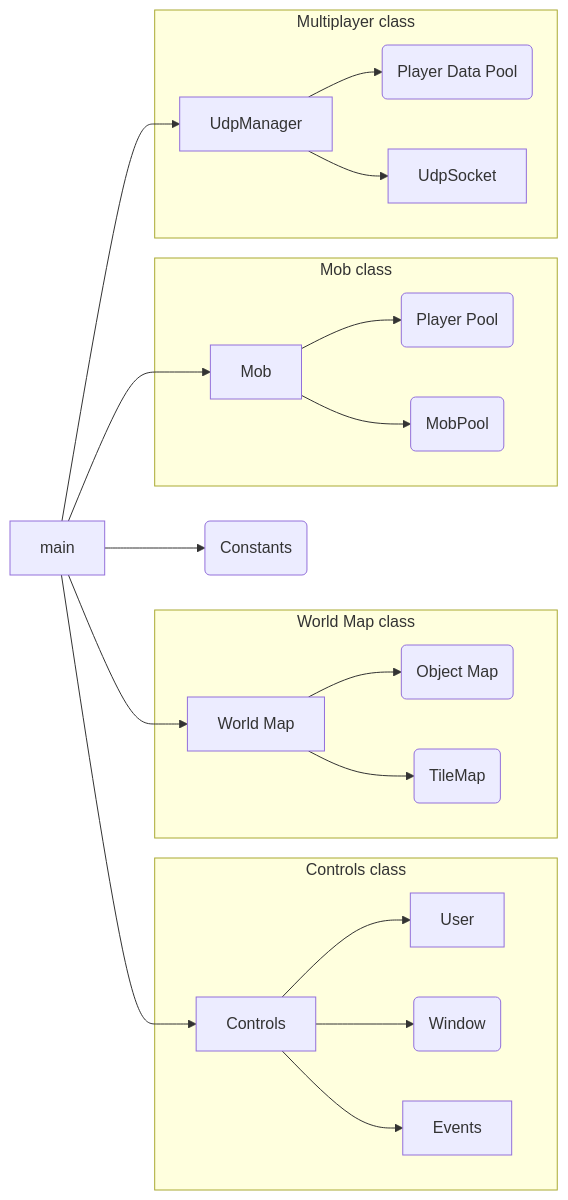
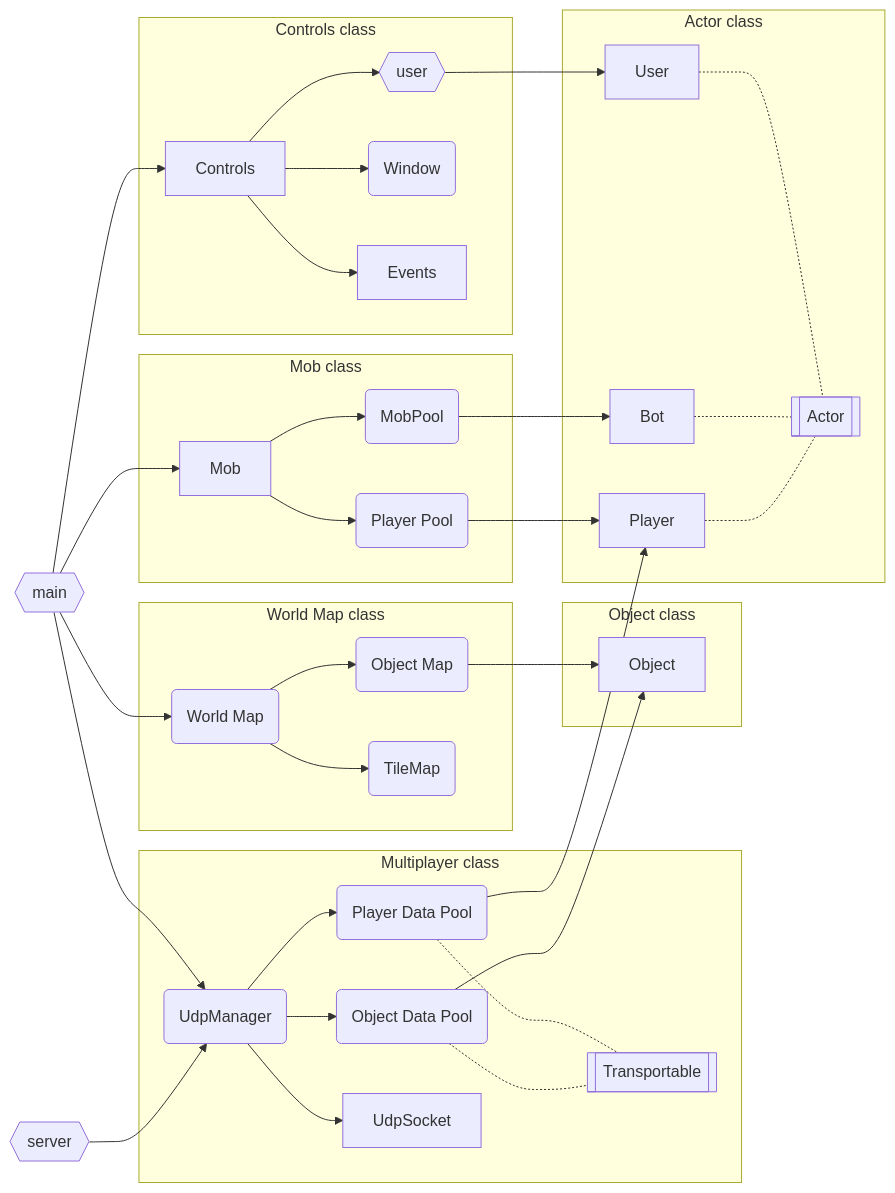
Before and after one commit to ISPlatonov/SFML_project: the diagram in README.md, drawn with Mermaid.

Commit message:
updated architecture

````diff
--- a/README.md
+++ b/README.md
@@ -47,25 +47,42 @@
 ```mermaid
 flowchart LR
-    main --> Controls
-    main --> WM[World Map]
+    main{{main}} --> Controls
+    main --> WM(World Map)
     main --> Mob
-    main --> UdpManager
-    main --> Constants(Constants)
-    subgraph Controls class
-        Controls --> User
-        Controls --> Window(Window)
-        Controls --> Events
+    main --> UdpManager(UdpManager)
+    server{{server}} --> UdpManager
+    subgraph Multiplayer class
+        UdpManager --> PDP(Player Data Pool)
+        UdpManager --> ODP(Object Data Pool)
+        UdpManager --> UdpSocket
+        PDP -.- Transportable[[Transportable]]
+        ODP -.- Transportable
     end
     subgraph World Map class
         WM --> OM(Object Map)
         WM --> TileMap(TileMap)
     end
     subgraph Mob class
         Mob --> PP(Player Pool)
         Mob --> MobPool(MobPool)
     end
-    subgraph Multiplayer class
-        UdpManager --> PDP(Player Data Pool)
-        UdpManager --> UdpSocket
+    subgraph Controls class
+        Controls --> user{{user}}
+        Controls --> Window(Window)
+        Controls --> Events
     end
+    subgraph Object class
+        Object
+    end
+    subgraph Actor class
+        User -.- Actor[[Actor]]
+        Bot -.- Actor
+        Player -.- Actor
+    end
+    ODP --> Object
+    OM --> Object
+    user --> User
+    PDP --> Player
+    PP --> Player
+    MobPool --> Bot
 ```
````
